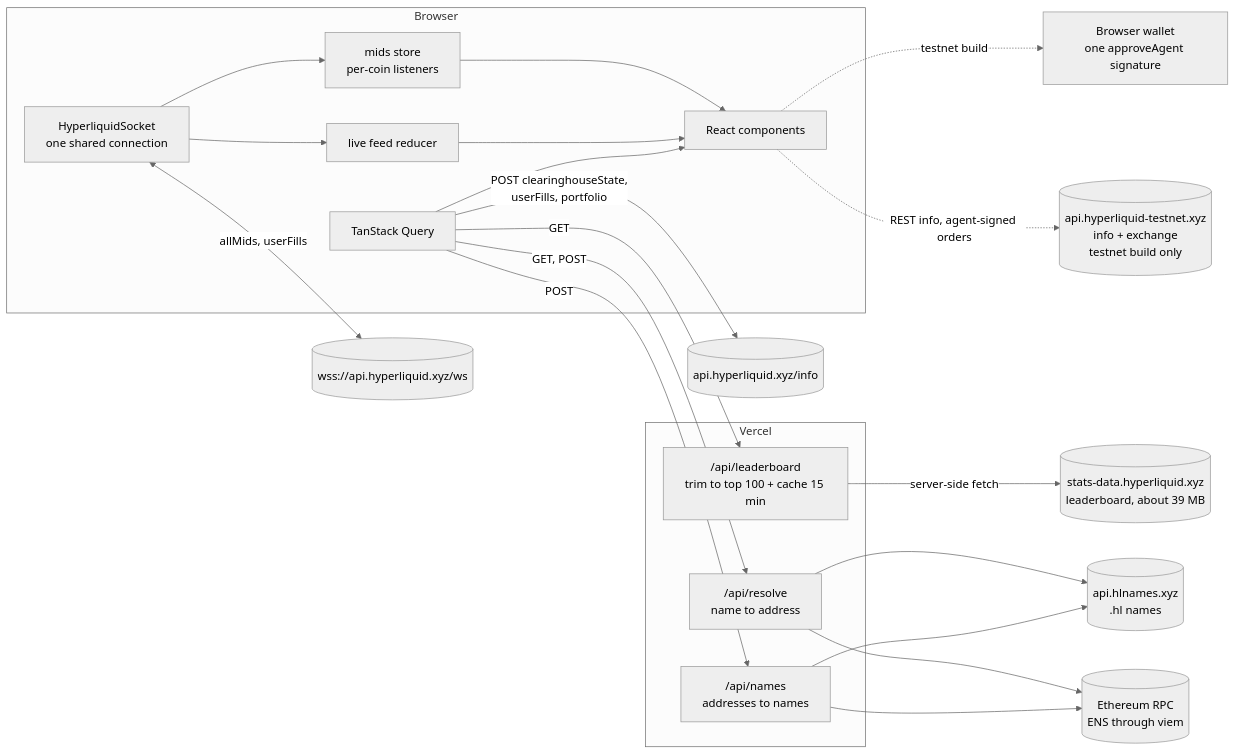
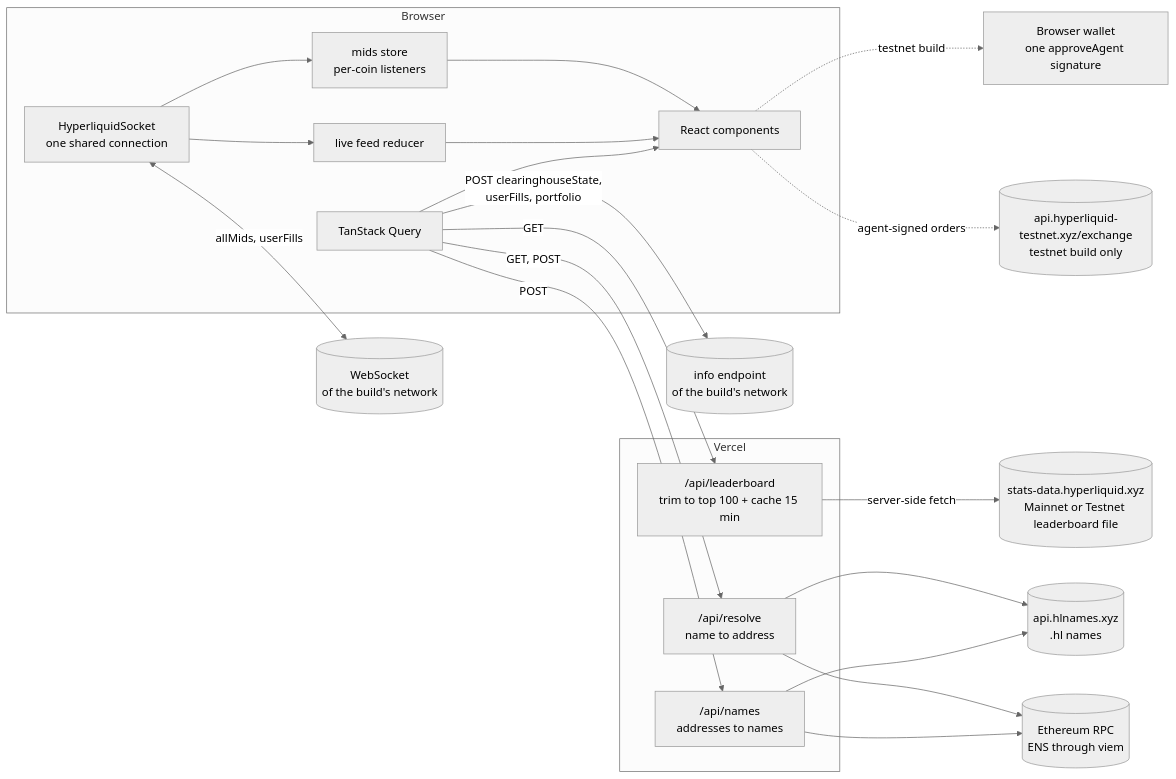
Before and after one commit to lukicenturi/slipstream: the diagram in README.md, drawn with Mermaid (neutral theme). The commit also changed other lines of this file and 38 other files, not shown here.

First line of the commit message:
fix: one network per build, testnet build reads testnet data everywhere

````diff
--- a/README.md
+++ b/README.md
@@ -43,42 +47,42 @@
 ```mermaid
 flowchart LR
   subgraph Browser
     UI[React components]
     Q[TanStack Query]
     WS[HyperliquidSocket<br/>one shared connection]
     Mids[mids store<br/>per-coin listeners]
     Feed[live feed reducer]
   end
 
   subgraph Vercel
     Route["/api/leaderboard<br/>trim to top 100 + cache 15 min"]
     Resolve["/api/resolve<br/>name to address"]
     Names["/api/names<br/>addresses to names"]
   end
 
-  Stats[(stats-data.hyperliquid.xyz<br/>leaderboard, about 39 MB)]
+  Stats[(stats-data.hyperliquid.xyz<br/>Mainnet or Testnet leaderboard file)]
   HLN[(api.hlnames.xyz<br/>.hl names)]
   RPC[(Ethereum RPC<br/>ENS through viem)]
-  Info[(api.hyperliquid.xyz/info)]
-  Socket[(wss://api.hyperliquid.xyz/ws)]
-  Testnet[(api.hyperliquid-testnet.xyz<br/>info + exchange<br/>testnet build only)]
+  Info[(info endpoint<br/>of the build's network)]
+  Socket[(WebSocket<br/>of the build's network)]
+  Exchange[(api.hyperliquid-testnet.xyz/exchange<br/>testnet build only)]
   Wallet[Browser wallet<br/>one approveAgent signature]
 
   Q -->|GET| Route
   Route -->|server-side fetch| Stats
   Q -->|GET, POST| Resolve
   Q -->|POST| Names
   Resolve --> HLN
   Resolve --> RPC
   Names --> HLN
   Names --> RPC
   Q -->|POST clearinghouseState,<br/>userFills, portfolio| Info
   WS <-->|allMids, userFills| Socket
   WS --> Mids
   WS --> Feed
   Mids --> UI
   Feed --> UI
   Q --> UI
   UI -.->|testnet build| Wallet
-  UI -.->|REST info, agent-signed orders| Testnet
+  UI -.->|agent-signed orders| Exchange
 ```
````
